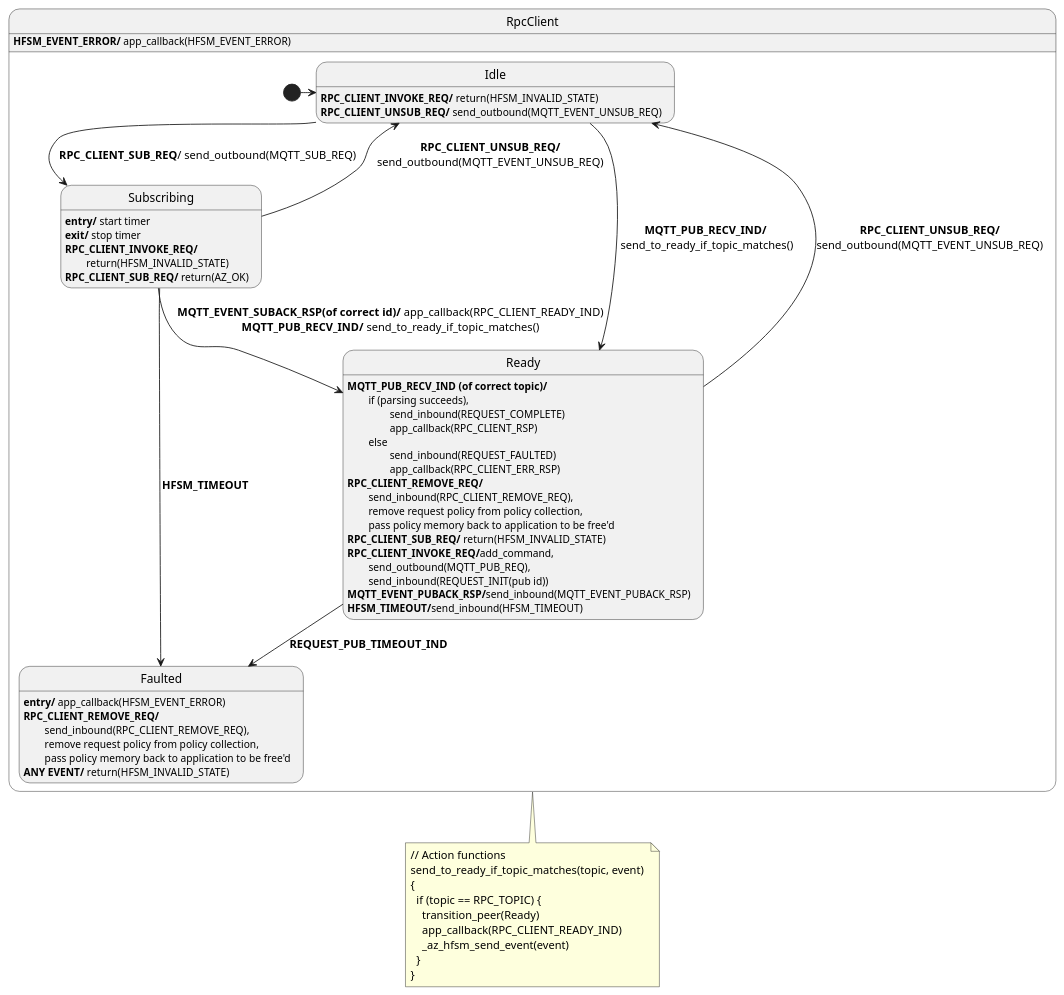
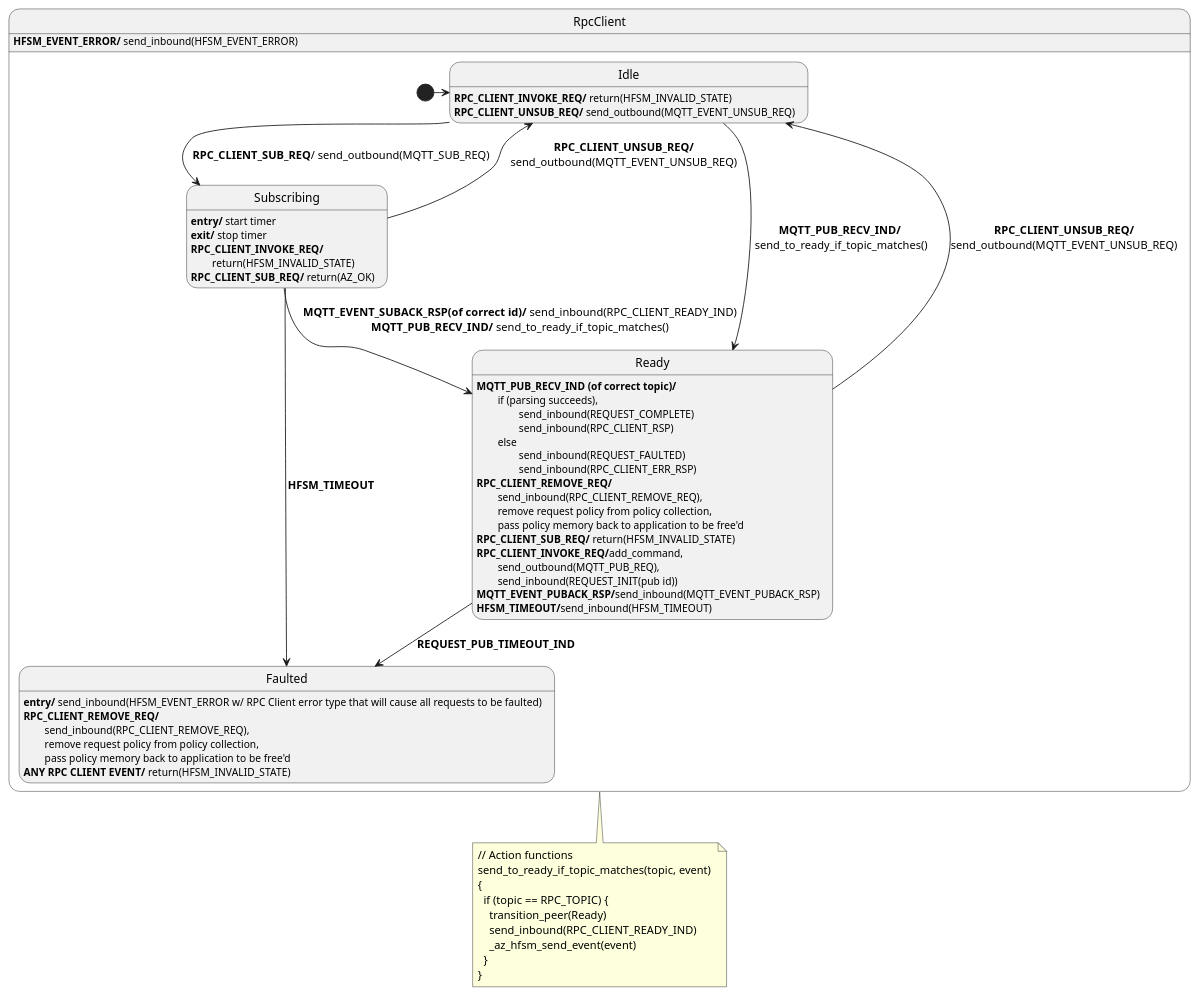
Before and after one commit to Azure/azure-sdk-for-c: the diagram in sdk/docs/core/resources/mqtt_rpc_client.puml, drawn with PlantUML. The commit also changed 1 other file, not shown here.

Commit message:
update puml diagrams

```diff
--- a/sdk/docs/core/resources/mqtt_rpc_client.puml
+++ b/sdk/docs/core/resources/mqtt_rpc_client.puml
@@ -1,53 +1,53 @@
 @startuml
 ' ignore these as handled outside of this diagram: MQTT_EVENT_CONNECT_REQ, MQTT_EVENT_CONNECT_RSP, MQTT_EVENT_DISCONNECT_REQ, MQTT_EVENT_DISCONNECT_RSP
 ' Assumptions:
 ' 0. Unknown events are forwarded (in their original direction, either inbound or outbound).
 ' 1. If RPC_CLIENT_READY_IND hasn't already been sent, RPC_CLIENT_SUB_REQ is guaranteed to respond with either RPC_CLIENT_READY_IND, or HFSM_EVENT_ERROR if the subscribe request timed out.
 ' 2. RPC_CLIENT_READY_IND will not be sent more than once unless the client unsubscribes or gets unsubscribed.
-' 3. app_callback, send_inbound, send_outbound are used to send information to the app, request policy collection, and network respectively.
+' 3. send_inbound, send_outbound are used to send information to the app/request policy collection, and network respectively.
 
 state RpcClient {
   state Idle
   Idle : <b>RPC_CLIENT_INVOKE_REQ/</b> return(HFSM_INVALID_STATE)
   Idle : <b>RPC_CLIENT_UNSUB_REQ/</b> send_outbound(MQTT_EVENT_UNSUB_REQ)
 
   state Faulted
-  Faulted : <b>entry/</b> app_callback(HFSM_EVENT_ERROR)
+  Faulted : <b>entry/</b> send_inbound(HFSM_EVENT_ERROR w/ RPC Client error type that will cause all requests to be faulted)
   Faulted : <b>RPC_CLIENT_REMOVE_REQ/</b>\n\tsend_inbound(RPC_CLIENT_REMOVE_REQ),\n\tremove request policy from policy collection,\n\tpass policy memory back to application to be free'd
-  Faulted : <b>ANY EVENT/</b> return(HFSM_INVALID_STATE)
+  Faulted : <b>ANY RPC CLIENT EVENT/</b> return(HFSM_INVALID_STATE)
     
   state Subscribing
   Subscribing : <b>entry/</b> start timer
   Subscribing : <b>exit/</b> stop timer
   Subscribing : <b>RPC_CLIENT_INVOKE_REQ/</b>\n\treturn(HFSM_INVALID_STATE)
   Subscribing : <b>RPC_CLIENT_SUB_REQ/</b> return(AZ_OK) 
 
   [*] -> Idle
   Idle --> Subscribing : <b>RPC_CLIENT_SUB_REQ</b>/ send_outbound(MQTT_SUB_REQ)
   Idle --> Ready : <b>MQTT_PUB_RECV_IND/</b>\n send_to_ready_if_topic_matches()
   Subscribing --> Faulted : <b>HFSM_TIMEOUT</b>
-  Subscribing --> Ready : <b>MQTT_EVENT_SUBACK_RSP(of correct id)/</b> app_callback(RPC_CLIENT_READY_IND)\n<b>MQTT_PUB_RECV_IND/</b> send_to_ready_if_topic_matches()
+  Subscribing --> Ready : <b>MQTT_EVENT_SUBACK_RSP(of correct id)/</b> send_inbound(RPC_CLIENT_READY_IND)\n<b>MQTT_PUB_RECV_IND/</b> send_to_ready_if_topic_matches()
   Ready --> Idle : <b>RPC_CLIENT_UNSUB_REQ/</b>\nsend_outbound(MQTT_EVENT_UNSUB_REQ)
   Subscribing --> Idle : <b>RPC_CLIENT_UNSUB_REQ/</b>\nsend_outbound(MQTT_EVENT_UNSUB_REQ)
   Ready --> Faulted : <b>REQUEST_PUB_TIMEOUT_IND</b>
 
-  Ready : <b>MQTT_PUB_RECV_IND (of correct topic)/</b>\n\tif (parsing succeeds),\n\t\tsend_inbound(REQUEST_COMPLETE)\n\t\tapp_callback(RPC_CLIENT_RSP)\n\telse\n\t\tsend_inbound(REQUEST_FAULTED)\n\t\tapp_callback(RPC_CLIENT_ERR_RSP)
+  Ready : <b>MQTT_PUB_RECV_IND (of correct topic)/</b>\n\tif (parsing succeeds),\n\t\tsend_inbound(REQUEST_COMPLETE)\n\t\tsend_inbound(RPC_CLIENT_RSP)\n\telse\n\t\tsend_inbound(REQUEST_FAULTED)\n\t\tsend_inbound(RPC_CLIENT_ERR_RSP)
   Ready : <b>RPC_CLIENT_REMOVE_REQ/</b>\n\tsend_inbound(RPC_CLIENT_REMOVE_REQ),\n\tremove request policy from policy collection,\n\tpass policy memory back to application to be free'd
   Ready : <b>RPC_CLIENT_SUB_REQ/</b> return(HFSM_INVALID_STATE)
   Ready : <b>RPC_CLIENT_INVOKE_REQ/</b>add_command,\n\tsend_outbound(MQTT_PUB_REQ),\n\tsend_inbound(REQUEST_INIT(pub id))
   Ready : <b>MQTT_EVENT_PUBACK_RSP/</b>send_inbound(MQTT_EVENT_PUBACK_RSP)
   Ready : <b>HFSM_TIMEOUT/</b>send_inbound(HFSM_TIMEOUT)
 }
-RpcClient : <b>HFSM_EVENT_ERROR/</b> app_callback(HFSM_EVENT_ERROR)
+RpcClient : <b>HFSM_EVENT_ERROR/</b> send_inbound(HFSM_EVENT_ERROR)
 note bottom of RpcClient
   // Action functions
   send_to_ready_if_topic_matches(topic, event) 
   {
     if (topic == RPC_TOPIC) {
       transition_peer(Ready)
-      app_callback(RPC_CLIENT_READY_IND)
+      send_inbound(RPC_CLIENT_READY_IND)
       _az_hfsm_send_event(event)
     }
   }
 end note
 @enduml
```
